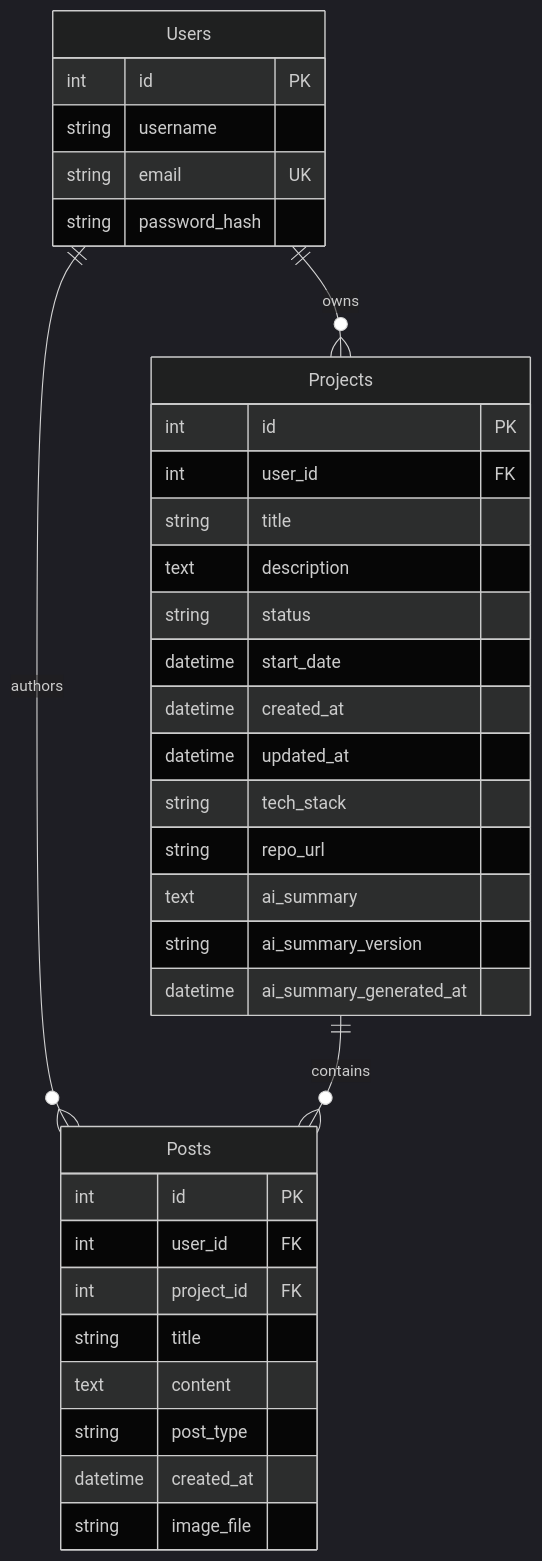
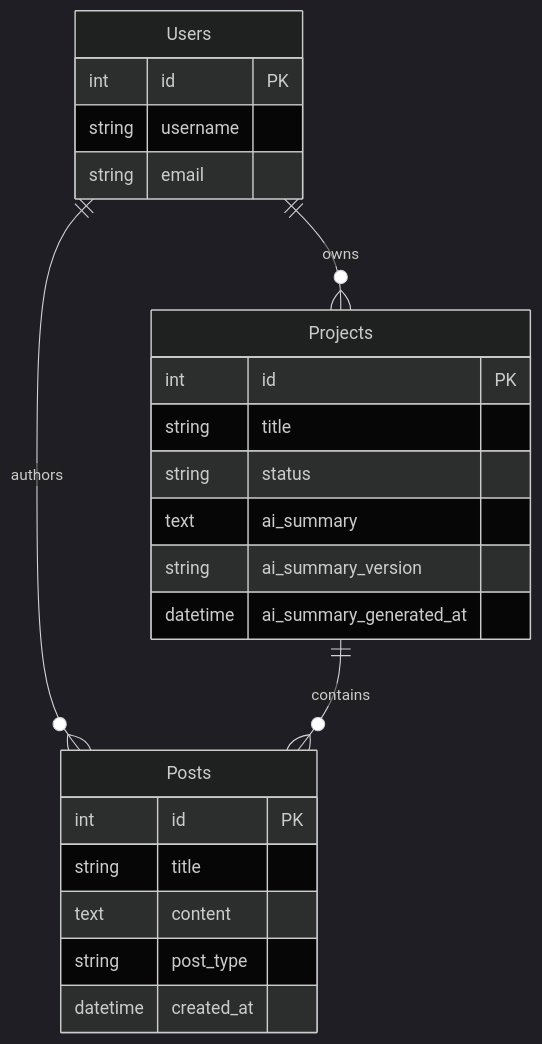
Before and after one commit to nimish-23/openbuild: the first of 2 diagrams in README.md, drawn with Mermaid (dark theme).

Commit message:
Refactor database schema in README.md
Removed unnecessary fields from Users, Projects, and Posts tables.

````diff
--- a/README.md
+++ b/README.md
@@ -67,40 +67,30 @@
 ```mermaid
 erDiagram
     Users ||--o{ Projects : owns
     Users ||--o{ Posts : authors
     Projects ||--o{ Posts : contains
 
     Users {
         int id PK
         string username
-        string email UK
-        string password_hash
+        string email
     }
 
     Projects {
         int id PK
-        int user_id FK
         string title
-        text description
         string status
-        datetime start_date
-        datetime created_at
-        datetime updated_at
-        string tech_stack
-        string repo_url
         text ai_summary
         string ai_summary_version
         datetime ai_summary_generated_at
     }
 
     Posts {
         int id PK
-        int user_id FK
-        int project_id FK
         string title
         text content
         string post_type
         datetime created_at
-        string image_file
     }
+
 ```
````
